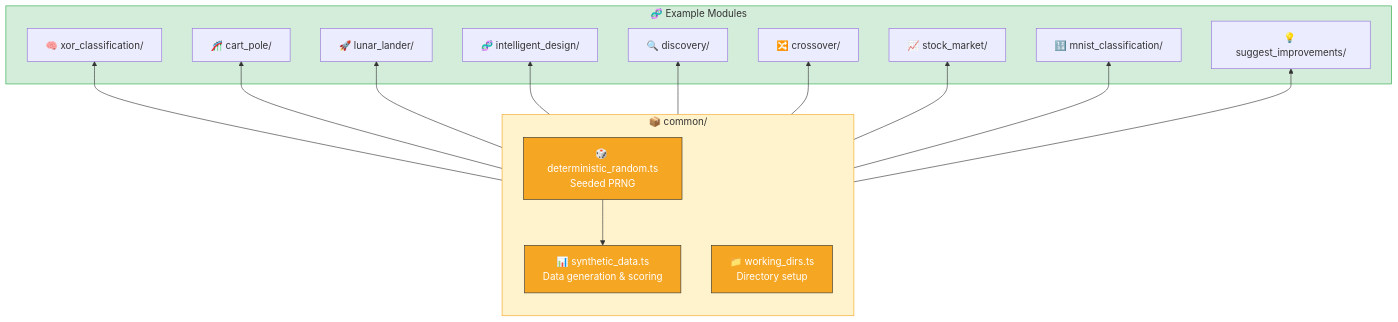
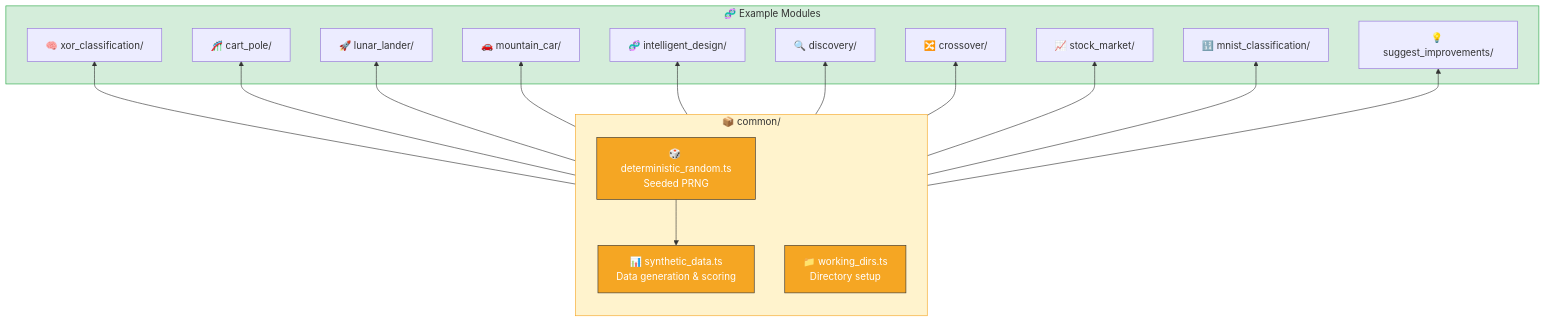
Before and after one commit to stSoftwareAU/NEAT-AI-Examples: the second of 4 diagrams in README.md, drawn with Mermaid. The commit also changed other lines of this file and 14 other files, not shown here.

First line of the commit message:
Add Mountain Car classic control example with animated SVG (Issue #80)

````diff
--- a/README.md
+++ b/README.md
@@ -122,37 +134,39 @@
 ```mermaid
 flowchart BT
     subgraph common ["📦 common/"]
         RNG["🎲 deterministic_random.ts<br/>Seeded PRNG"]
         DATA["📊 synthetic_data.ts<br/>Data generation & scoring"]
         DIRS["📁 working_dirs.ts<br/>Directory setup"]
     end
 
     subgraph examples ["🧬 Example Modules"]
         XOR["🧠 xor_classification/"]
         CART["🎢 cart_pole/"]
         LUNAR["🚀 lunar_lander/"]
+        MCAR["🚗 mountain_car/"]
         ID["🧬 intelligent_design/"]
         DISC["🔍 discovery/"]
         CROSS["🔀 crossover/"]
         STOCK["📈 stock_market/"]
         MNIST["🔢 mnist_classification/"]
         SUGGEST["💡 suggest_improvements/"]
     end
 
     RNG --> DATA
     common --> XOR
     common --> CART
     common --> LUNAR
+    common --> MCAR
     common --> ID
     common --> DISC
     common --> CROSS
     common --> STOCK
     common --> MNIST
     common --> SUGGEST
 
     style common fill:#fff3cd,stroke:#f5a623,color:#333
     style examples fill:#d4edda,stroke:#28a745,color:#333
     style RNG fill:#f5a623,stroke:#333,color:#fff
     style DATA fill:#f5a623,stroke:#333,color:#fff
     style DIRS fill:#f5a623,stroke:#333,color:#fff
 ```
````
